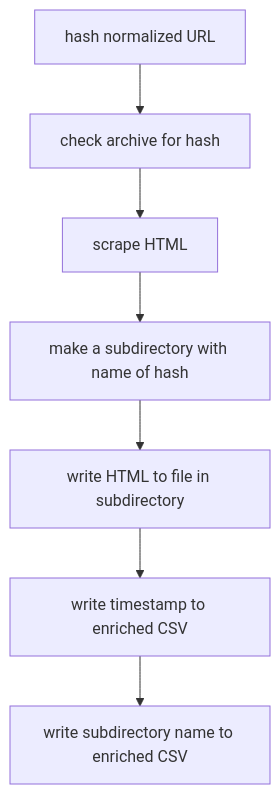
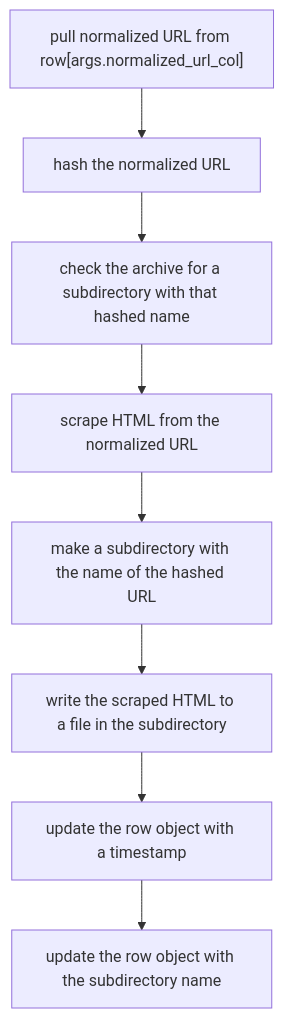
The sixth of 6 diagrams in README.md (kat-kel/archive-html), drawn with Mermaid before and after one commit. The commit also changed other lines of this file and 1 other file, not shown here.

Commit message:
finishing touches on setup

````diff
--- a/README.md
+++ b/README.md
@@ -278,9 +280,10 @@
 ```mermaid
 flowchart TD
-    hash_url[hash normalized URL] --> checkDir[check archive for hash]
-    checkDir --> scrape[scrape HTML]
-    scrape --> makeDir[make a subdirectory with name of hash]
-    makeDir --> write[write HTML to file in subdirectory]
-    write --> timestamp[write timestamp to enriched CSV]
-    timestamp --> hash_name[write subdirectory name to enriched CSV]
+    pull["pull normalized URL from row[args.normalized_url_col]"] --> hash_url
+    hash_url[hash the normalized URL] --> checkDir[check the archive for a subdirectory with that hashed name]
+    checkDir --> scrape[scrape HTML from the normalized URL]
+    scrape --> makeDir[make a subdirectory with the name of the hashed URL]
+    makeDir --> write[write the scraped HTML to a file in the subdirectory]
+    write --> timestamp[update the row object with a timestamp]
+    timestamp --> hash_name[update the row object with the subdirectory name]
 ```
````
